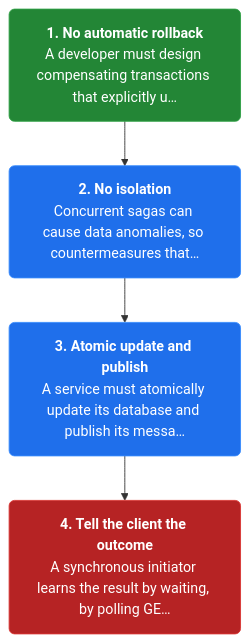
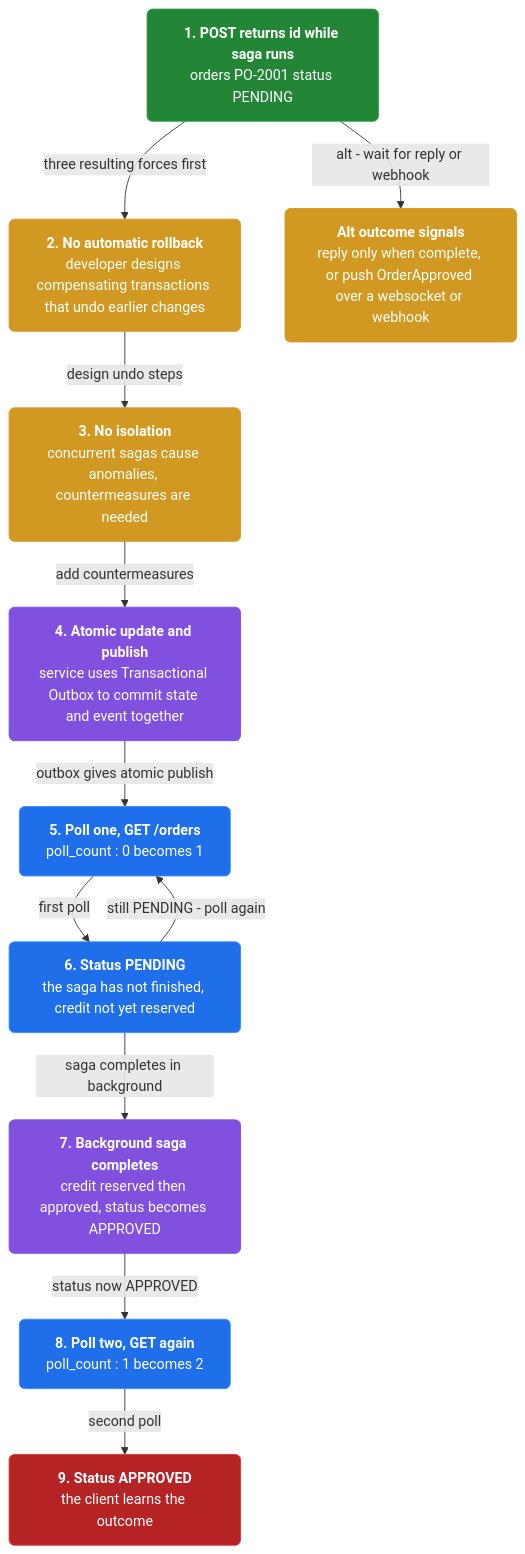
The fourth of 4 diagrams in docs/ch15-saga.md (vinayakuber/microservices-io-study-guide), drawn with Mermaid before and after one commit. The commit also changed other lines of this file and 46 other files, not shown here.

First line of the commit message:
Author rich branching flow diagrams for all 44 chapters

````diff
--- a/docs/ch15-saga.md
+++ b/docs/ch15-saga.md
@@ -155,13 +191,28 @@
 ```mermaid
 flowchart TD
-  classDef step fill:#1f6feb,color:#ffffff,stroke:#388bfd,stroke-width:1px,rx:6
+  classDef step fill:#1f6feb,color:#ffffff,stroke:#388bfd,rx:6
+  classDef core fill:#8250df,color:#ffffff,stroke:#8250df,rx:6
+  classDef warn fill:#d29922,color:#ffffff,stroke:#d29922,rx:6
   classDef start fill:#238636,color:#ffffff,stroke:#2ea043,rx:6
   classDef stop fill:#b62324,color:#ffffff,stroke:#da3633,rx:6
-  s3n0["<b>1. No automatic rollback</b><br/>A developer must design compensating transactions that explicitly u…"]:::start
-  s3n1["<b>2. No isolation</b><br/>Concurrent sagas can cause data anomalies, so countermeasures that…"]:::step
-  s3n2["<b>3. Atomic update and publish</b><br/>A service must atomically update its database and publish its messa…"]:::step
-  s3n3["<b>4. Tell the client the outcome</b><br/>A synchronous initiator learns the result by waiting, by polling GE…"]:::stop
-  s3n0 --> s3n1
-  s3n1 --> s3n2
-  s3n2 --> s3n3
+  n0["<b>1. POST returns id while saga runs</b><br/>orders PO-2001 status PENDING"]:::start
+  n1["<b>2. No automatic rollback</b><br/>developer designs compensating transactions that undo earlier changes"]:::warn
+  n2["<b>3. No isolation</b><br/>concurrent sagas cause anomalies, countermeasures are needed"]:::warn
+  n3["<b>4. Atomic update and publish</b><br/>service uses Transactional Outbox to commit state and event together"]:::core
+  n4["<b>5. Poll one, GET /orders</b><br/>poll_count : 0 becomes 1"]:::step
+  n5["<b>6. Status PENDING</b><br/>the saga has not finished, credit not yet reserved"]:::step
+  n6["<b>7. Background saga completes</b><br/>credit reserved then approved, status becomes APPROVED"]:::core
+  n7["<b>8. Poll two, GET again</b><br/>poll_count : 1 becomes 2"]:::step
+  n8["<b>9. Status APPROVED</b><br/>the client learns the outcome"]:::stop
+  n9["<b>Alt outcome signals</b><br/>reply only when complete, or push OrderApproved over a websocket or webhook"]:::warn
+  n0 -->|"three resulting forces first"| n1
+  n1 -->|"design undo steps"| n2
+  n2 -->|"add countermeasures"| n3
+  n3 -->|"outbox gives atomic publish"| n4
+  n4 -->|"first poll"| n5
+  n5 -->|"still PENDING - poll again"| n4
+  n5 -->|"saga completes in background"| n6
+  n6 -->|"status now APPROVED"| n7
+  n7 -->|"second poll"| n8
+  n0 -->|"alt - wait for reply or webhook"| n9
 ```
````
